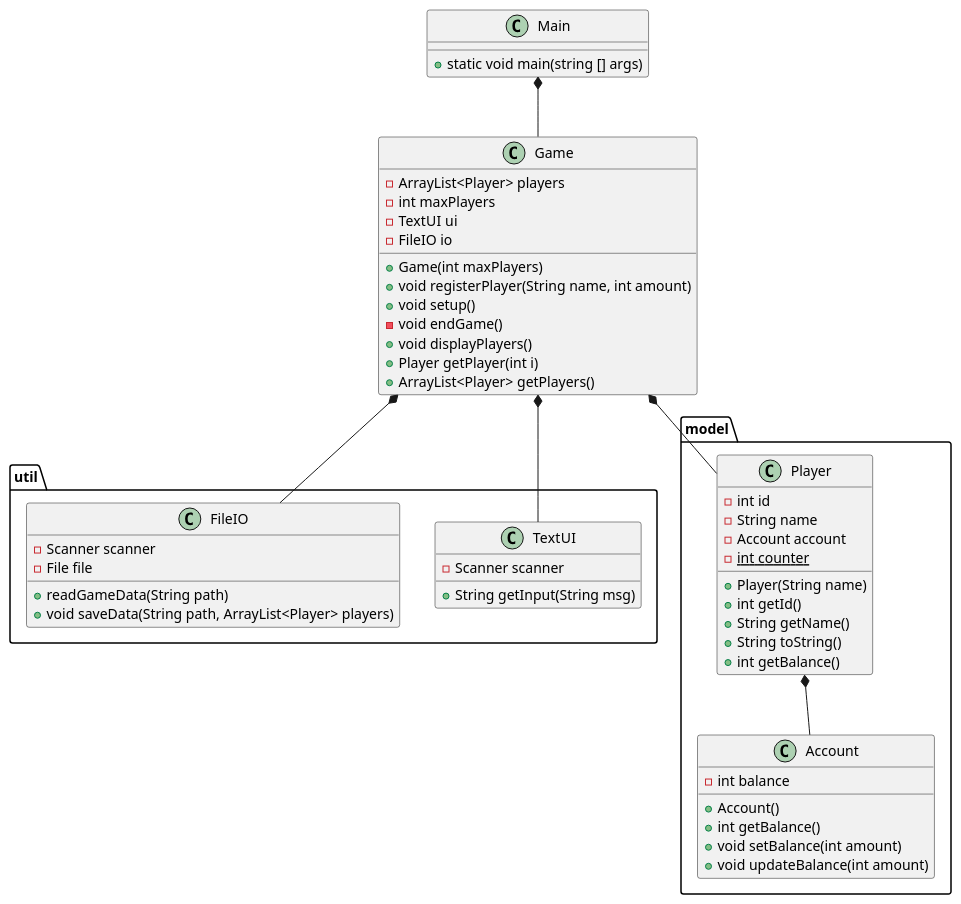
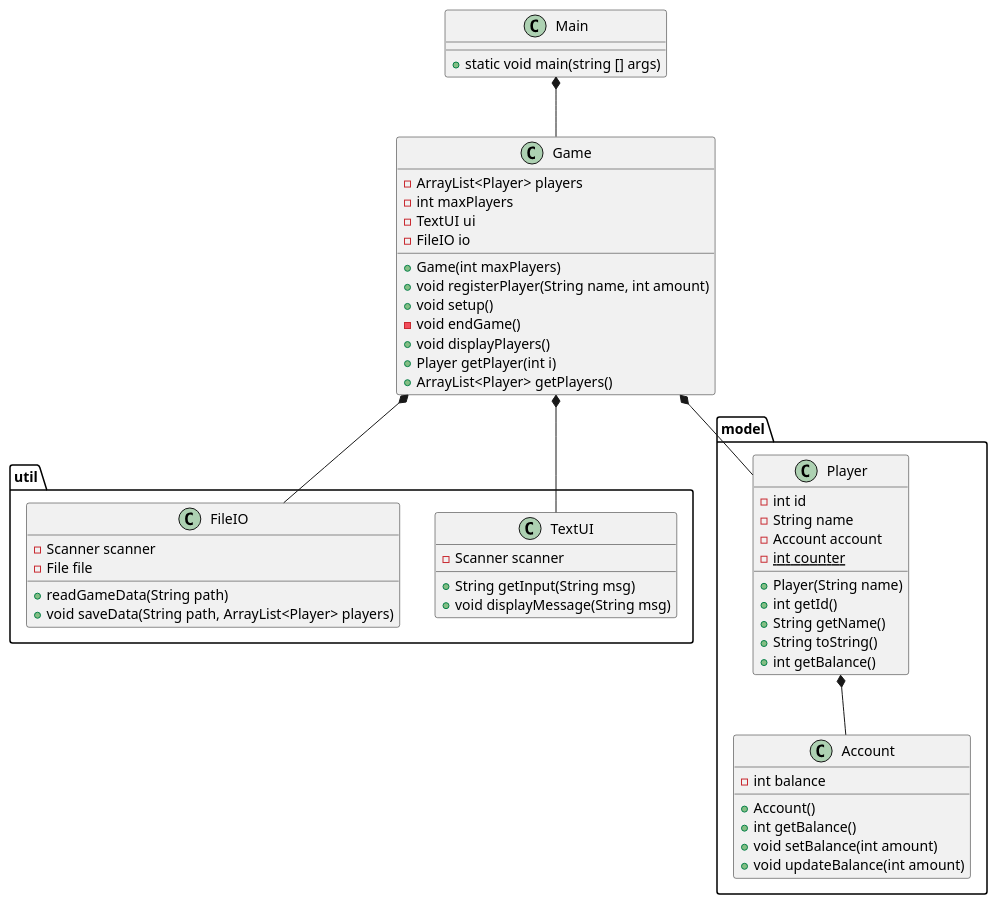
One commit to babanoelk/Monopoly changed the diagram in doc/classdiagram.puml. Above: the diagram before and after it, drawn with PlantUML.

Commit message:
added method to textUI

```diff
--- a/doc/classdiagram.puml
+++ b/doc/classdiagram.puml
@@ -1,59 +1,60 @@
 @startuml
 'https://plantuml.com/class-diagram
 
 class Main
 class Game
 
 package "util"{
 class TextUI
 class FileIO
 }
 package "model"{
 class Player
 class Account
 }
 Main *-- Game
 Game *-- TextUI
 Game *-- FileIO
 Game *-- Player
 Player *-- Account
 
 Main : + static void main(string [] args)
 
 Player : -int id
 Player  : -String name
 Player  : -Account account
 Player  : -{static} int counter
 Player  : +Player(String name)
 Player  : +int getId()
 Player  : +String getName()
 Player  : +String toString()
 Player  : +int getBalance()
 
 Account : - int balance
 Account : + Account()
 Account : + int getBalance()
 Account : + void setBalance(int amount)
 Account : + void updateBalance(int amount)
 
 Game : - ArrayList<Player> players
 Game : - int maxPlayers
 Game : - TextUI ui
 Game : - FileIO io
 Game : + Game(int maxPlayers)
 Game : + void registerPlayer(String name, int amount)
 Game : + void setup()
 Game : - void endGame()
 Game : + void displayPlayers()
 Game : + Player getPlayer(int i)
 Game : + ArrayList<Player> getPlayers()
 
 TextUI : + String getInput(String msg)
 TextUI : - Scanner scanner
+TextUI : + void displayMessage(String msg)
 
 FileIO : - Scanner scanner
 FileIO : - File file
 FileIO : + readGameData(String path)
 FileIO : + void saveData(String path, ArrayList<Player> players)
 
 @enduml
```
